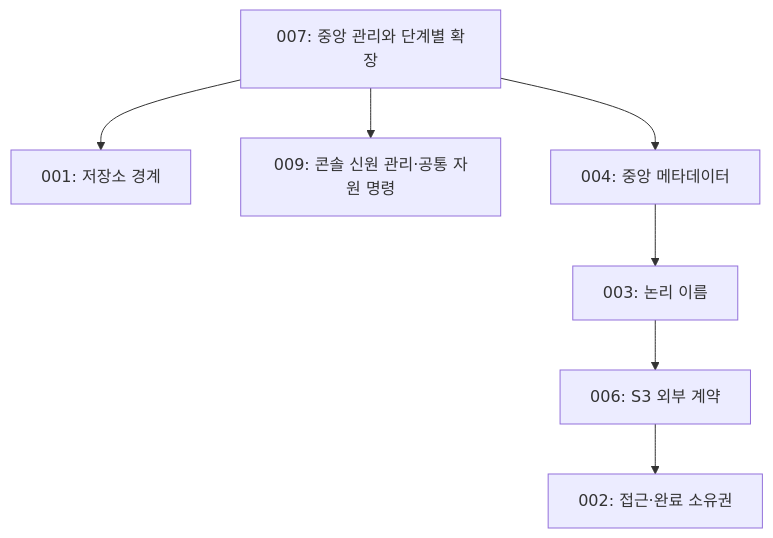
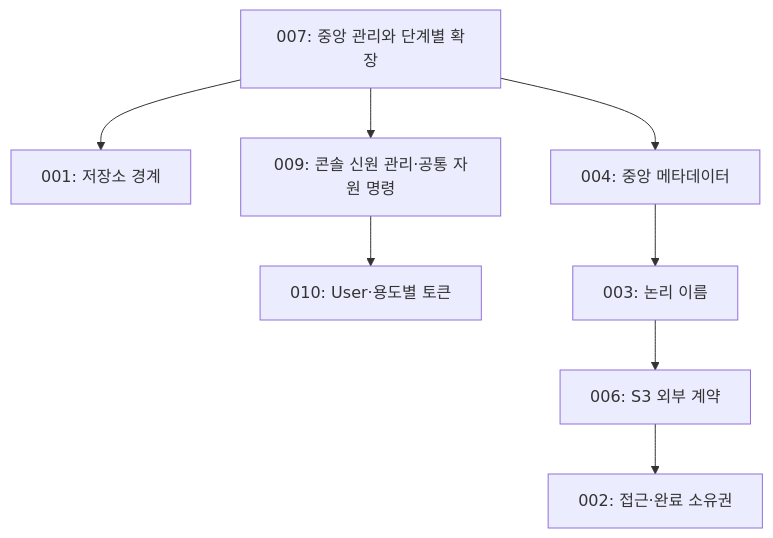
The diagram in docs/adr/README.md (cagojeiger/grove-storage), drawn with Mermaid before and after one commit. The commit also changed other lines of this file and 68 other files, not shown here.

````diff
--- a/docs/adr/README.md
+++ b/docs/adr/README.md
@@ -8,9 +8,10 @@
 ```mermaid
 flowchart TD
     G["007: 중앙 관리와 단계별 확장"] --> S["001: 저장소 경계"]
     G --> I["009: 콘솔 신원 관리·공통 자원 명령"]
+    I --> U["010: User·용도별 토큰"]
     G --> M["004: 중앙 메타데이터"]
     M --> N["003: 논리 이름"]
     N --> A["006: S3 외부 계약"]
     A --> R["002: 접근·완료 소유권"]
 ```
````
